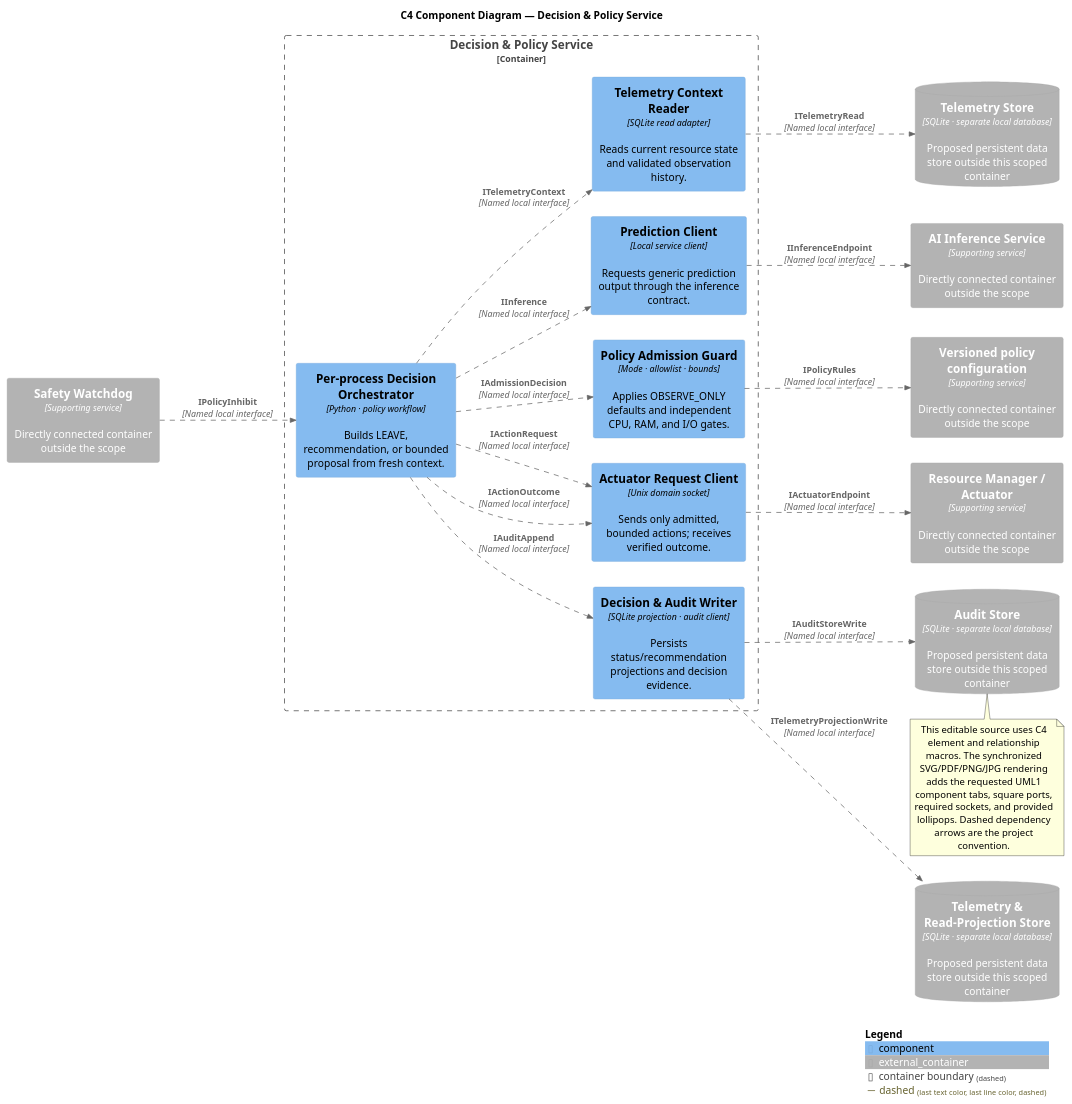
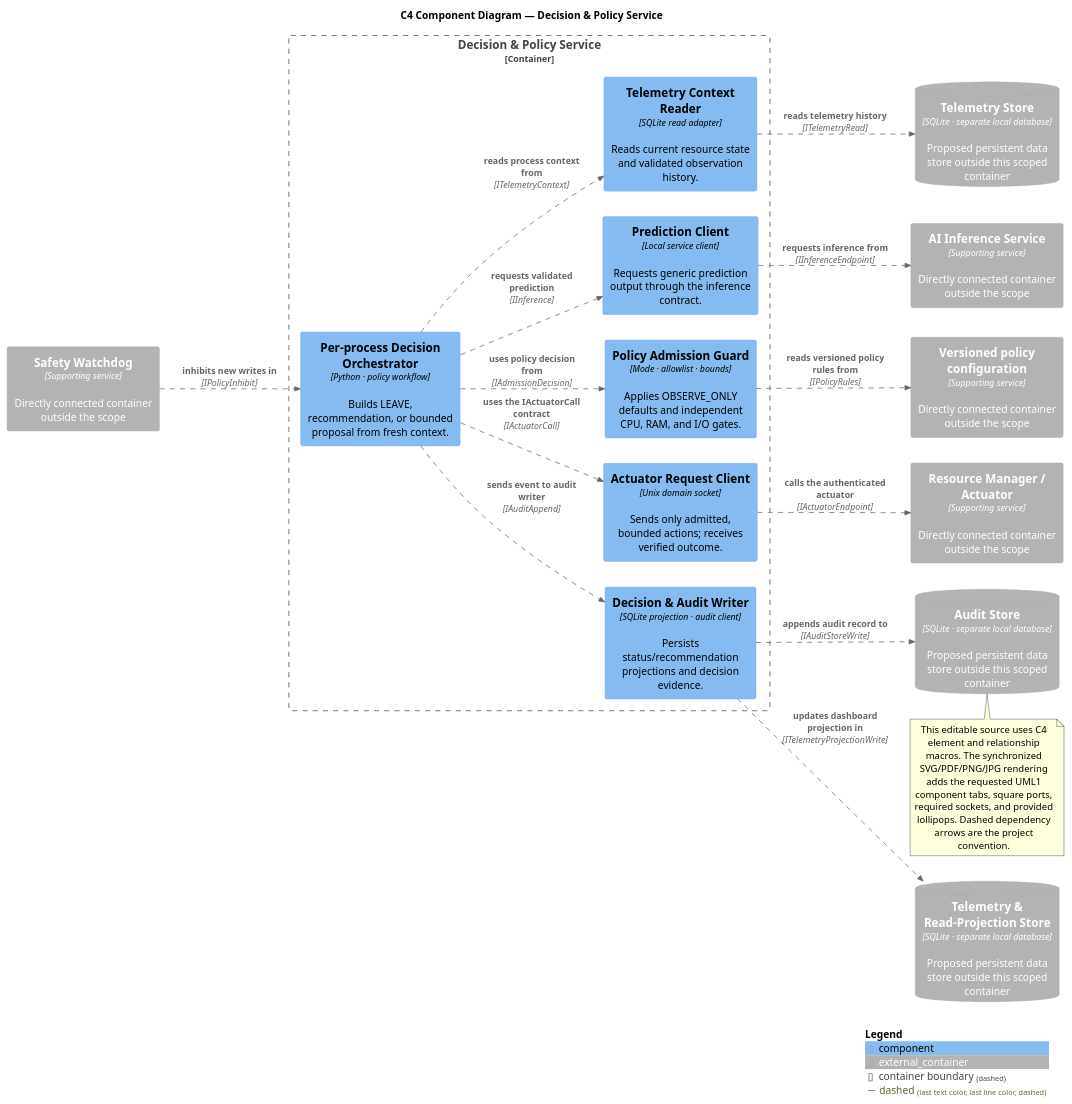
One commit to Ammar-M-Eid/AIOS changed the diagram in documentation/architecture/c4/08_c4_decision_policy_components.puml. Above: the diagram before and after it, drawn with PlantUML. The commit also changed 30 other files, not shown here.

```diff
--- a/documentation/architecture/c4/08_c4_decision_policy_components.puml
+++ b/documentation/architecture/c4/08_c4_decision_policy_components.puml
@@ -1,39 +1,38 @@
 @startuml
 !include <C4/C4_Component>
 skinparam componentStyle uml1
 title C4 Component Diagram — Decision & Policy Service
 LAYOUT_LEFT_RIGHT()
 AddRelTag("dashed", $lineStyle=DashedLine())
 Container_Boundary(scope, "Decision & Policy Service") {
   Component(C1, "Per-process Decision Orchestrator", "Python · policy workflow", "Builds LEAVE, recommendation, or bounded proposal from fresh context.")
   Component(C2, "Telemetry Context Reader", "SQLite read adapter", "Reads current resource state and validated observation history.")
   Component(C3, "Prediction Client", "Local service client", "Requests generic prediction output through the inference contract.")
   Component(C4, "Policy Admission Guard", "Mode · allowlist · bounds", "Applies OBSERVE_ONLY defaults and independent CPU, RAM, and I/O gates.")
   Component(C5, "Actuator Request Client", "Unix domain socket", "Sends only admitted, bounded actions; receives verified outcome.")
   Component(C6, "Decision & Audit Writer", "SQLite projection · audit client", "Persists status/recommendation projections and decision evidence.")
 }
 Container_Ext(S1, "Resource Manager / Actuator", "Supporting service", "Directly connected container outside the scope")
 Container_Ext(S2, "Safety Watchdog", "Supporting service", "Directly connected container outside the scope")
 Container_Ext(S3, "Versioned policy configuration", "Supporting service", "Directly connected container outside the scope")
 ContainerDb_Ext(S4, "Telemetry Store", "SQLite · separate local database", "Proposed persistent data store outside this scoped container")
 Container_Ext(S5, "AI Inference Service", "Supporting service", "Directly connected container outside the scope")
 ContainerDb_Ext(S6, "Telemetry & Read-Projection Store", "SQLite · separate local database", "Proposed persistent data store outside this scoped container")
 ContainerDb_Ext(S7, "Audit Store", "SQLite · separate local database", "Proposed persistent data store outside this scoped container")
-Rel(C1, C2, "ITelemetryContext", "Named local interface", $tags="dashed")
-Rel(C1, C3, "IInference", "Named local interface", $tags="dashed")
-Rel(C1, C4, "IAdmissionDecision", "Named local interface", $tags="dashed")
-Rel(C1, C5, "IActionRequest", "Named local interface", $tags="dashed")
-Rel(C1, C5, "IActionOutcome", "Named local interface", $tags="dashed")
-Rel(C5, S1, "IActuatorEndpoint", "Named local interface", $tags="dashed")
-Rel(C1, C6, "IAuditAppend", "Named local interface", $tags="dashed")
-Rel(S2, C1, "IPolicyInhibit", "Named local interface", $tags="dashed")
-Rel(C4, S3, "IPolicyRules", "Named local interface", $tags="dashed")
-Rel(C2, S4, "ITelemetryRead", "Named local interface", $tags="dashed")
-Rel(C3, S5, "IInferenceEndpoint", "Named local interface", $tags="dashed")
-Rel(C6, S6, "ITelemetryProjectionWrite", "Named local interface", $tags="dashed")
-Rel(C6, S7, "IAuditStoreWrite", "Named local interface", $tags="dashed")
+Rel(C1, C2, "reads process context from", "ITelemetryContext", $tags="dashed")
+Rel(C1, C3, "requests validated prediction", "IInference", $tags="dashed")
+Rel(C1, C4, "uses policy decision from", "IAdmissionDecision", $tags="dashed")
+Rel(C1, C5, "uses the IActuatorCall contract", "IActuatorCall", $tags="dashed")
+Rel(C5, S1, "calls the authenticated actuator", "IActuatorEndpoint", $tags="dashed")
+Rel(C1, C6, "sends event to audit writer", "IAuditAppend", $tags="dashed")
+Rel(S2, C1, "inhibits new writes in", "IPolicyInhibit", $tags="dashed")
+Rel(C4, S3, "reads versioned policy rules from", "IPolicyRules", $tags="dashed")
+Rel(C2, S4, "reads telemetry history", "ITelemetryRead", $tags="dashed")
+Rel(C3, S5, "requests inference from", "IInferenceEndpoint", $tags="dashed")
+Rel(C6, S6, "updates dashboard projection in", "ITelemetryProjectionWrite", $tags="dashed")
+Rel(C6, S7, "appends audit record to", "IAuditStoreWrite", $tags="dashed")
 note bottom
 This editable source uses C4 element and relationship macros. The synchronized SVG/PDF/PNG/JPG rendering adds the requested UML1 component tabs, square ports, required sockets, and provided lollipops. Dashed dependency arrows are the project convention.
 end note
 SHOW_LEGEND()
 @enduml
```
